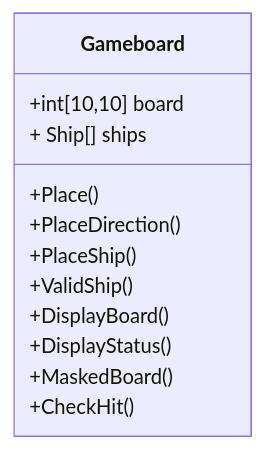
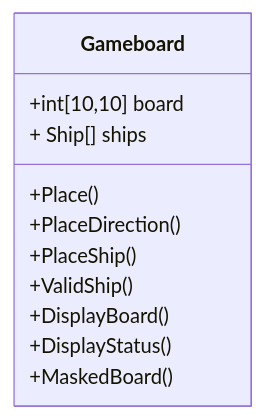
The second of 3 diagrams in README.md (Jackpang-kings/Battleships), drawn with Mermaid before and after one commit. The commit also changed other lines of this file, not shown here.

````diff
--- a/README.md
+++ b/README.md
@@ -57,15 +89,27 @@
 ```mermaid
-classDiagram
-    class Gameboard{
-        +int[10,10] board
-		+ Ship[] ships
-		+Place()
-		+PlaceDirection()
-		+PlaceShip()
-		+ValidShip()
-		+DisplayBoard()
-		+DisplayStatus()
-		+MaskedBoard()
-		+CheckHit()
-    }
+
+    classDiagram
+
+        class Gameboard{
+
+            +int[10,10] board
+
+            + Ship[] ships
+
+            +Place()
+
+            +PlaceDirection()
+
+            +PlaceShip()
+
+            +ValidShip()
+
+            +DisplayBoard()
+
+            +DisplayStatus()
+
+            +MaskedBoard()
+
+        }
+
 ```
````
